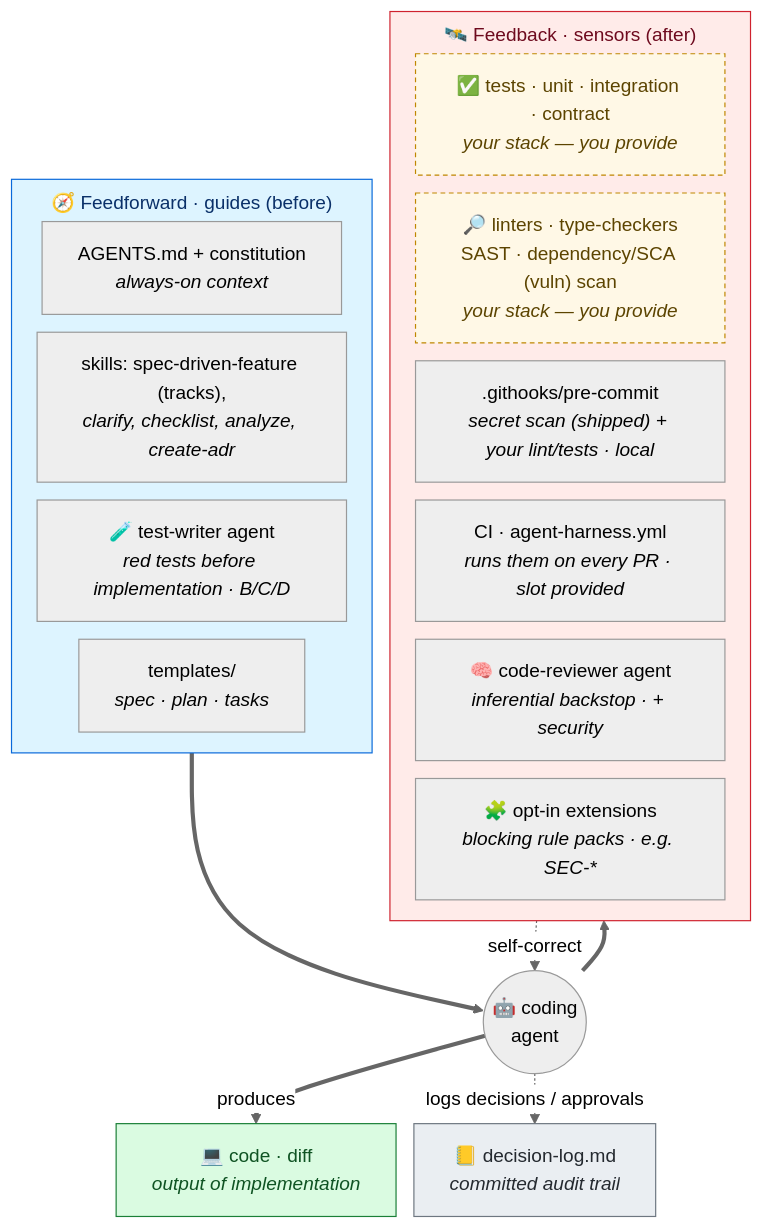
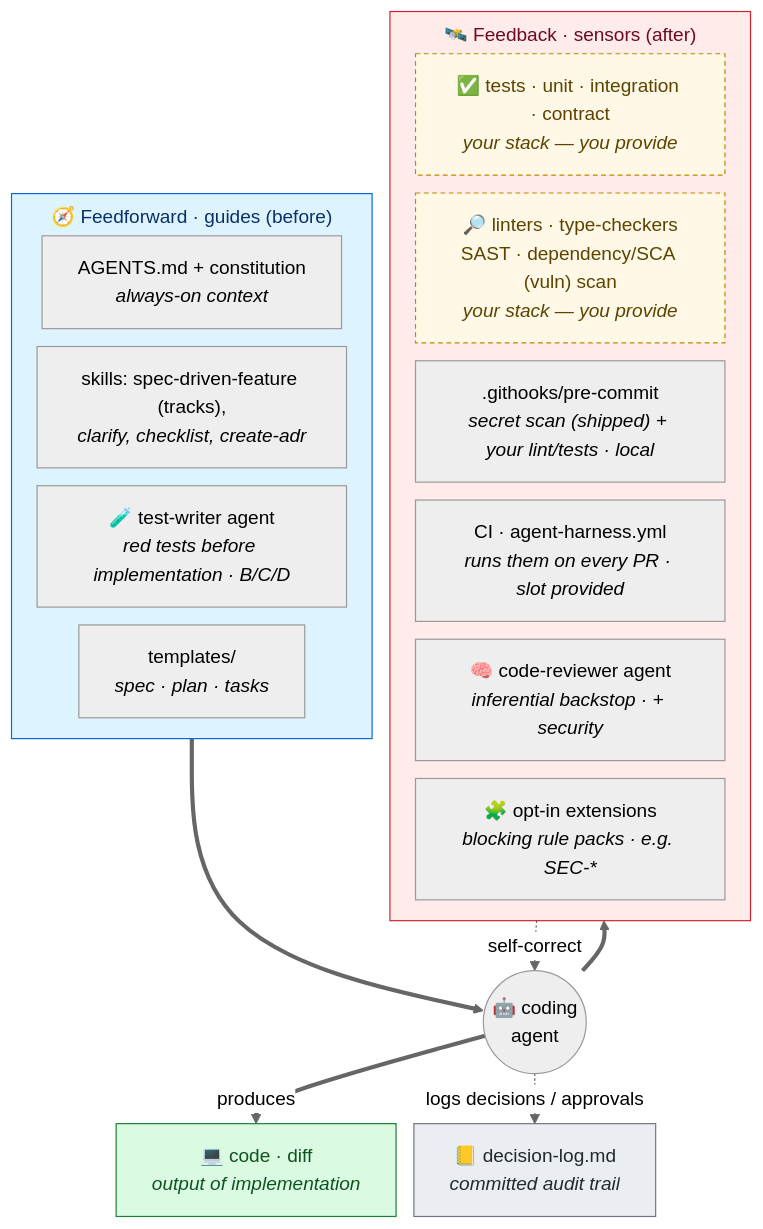
Before and after one commit to saptarshibasu/spec-driven-development: the second of 2 diagrams in README.md, drawn with Mermaid (neutral theme). The commit also changed other lines of this file and 9 other files, not shown here.

````diff
--- a/README.md
+++ b/README.md
@@ -91,33 +91,33 @@
 ```mermaid
 %%{init: {'flowchart': {'nodeSpacing': 15, 'rankSpacing': 18, 'subGraphTitleMargin': {'top': 8, 'bottom': 10}}}}%%
 flowchart TB
     subgraph FF["🧭 Feedforward · guides (before)"]
         direction LR
         A["AGENTS.md + constitution<br/><i>always-on context</i>"]
-        SK["skills: spec-driven-feature (tracks),<br/><i>clarify, checklist, analyze, create-adr</i>"]
+        SK["skills: spec-driven-feature (tracks),<br/><i>clarify, checklist, create-adr</i>"]
         TW["🧪 test-writer agent<br/><i>red tests before implementation · B/C/D</i>"]
         TPL["templates/<br/><i>spec · plan · tasks</i>"]
     end
     subgraph FB["🛰️ Feedback · sensors (after)"]
         direction LR
         TS["✅ tests · unit · integration · contract<br/><i>your stack — you provide</i>"]:::byo
         SA["🔎 linters · type-checkers<br/>SAST · dependency/SCA (vuln) scan<br/><i>your stack — you provide</i>"]:::byo
         HK[".githooks/pre-commit<br/><i>secret scan (shipped) + your lint/tests · local</i>"]
         CI["CI · agent-harness.yml<br/><i>runs them on every PR · slot provided</i>"]
         AG["🧠 code-reviewer agent<br/><i>inferential backstop · + security</i>"]
         EX["🧩 opt-in extensions<br/><i>blocking rule packs · e.g. SEC-*</i>"]
     end
     FF ==> AGENT(("🤖 coding<br/>agent"))
     AGENT ==> FB
     AGENT ==>|produces| CODE["💻 code · diff<br/><i>output of implementation</i>"]:::out
     FB -. self-correct .-> AGENT
     AGENT -. logs decisions / approvals .-> DL2["📒 decision-log.md<br/><i>committed audit trail</i>"]:::cont
 
     classDef ff fill:#ddf4ff,stroke:#0969da,color:#0a3069
     classDef fb fill:#ffebe9,stroke:#cf222e,color:#6e0a1e
     classDef cont fill:#eaeef2,stroke:#6e7781,color:#24292f
     classDef byo fill:#fff8e6,stroke:#bf8700,color:#5c4400,stroke-dasharray:4 3
     classDef out fill:#dafbe1,stroke:#1a7f37,color:#0f5323
     class FF ff
     class FB fb
 ```
````
